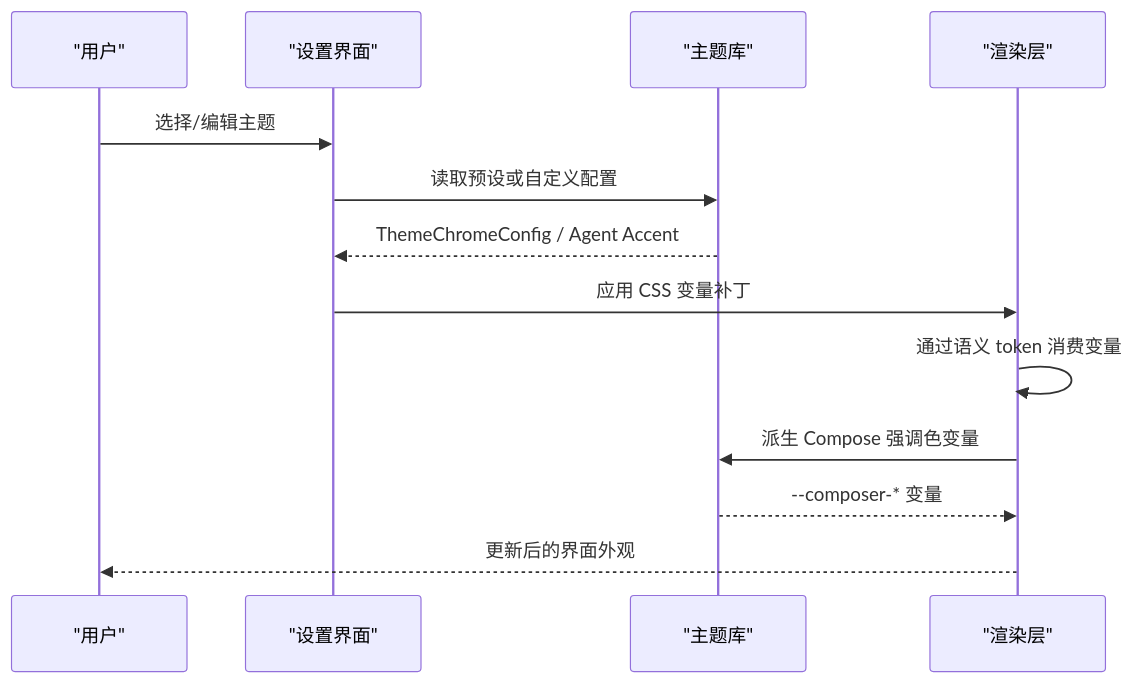
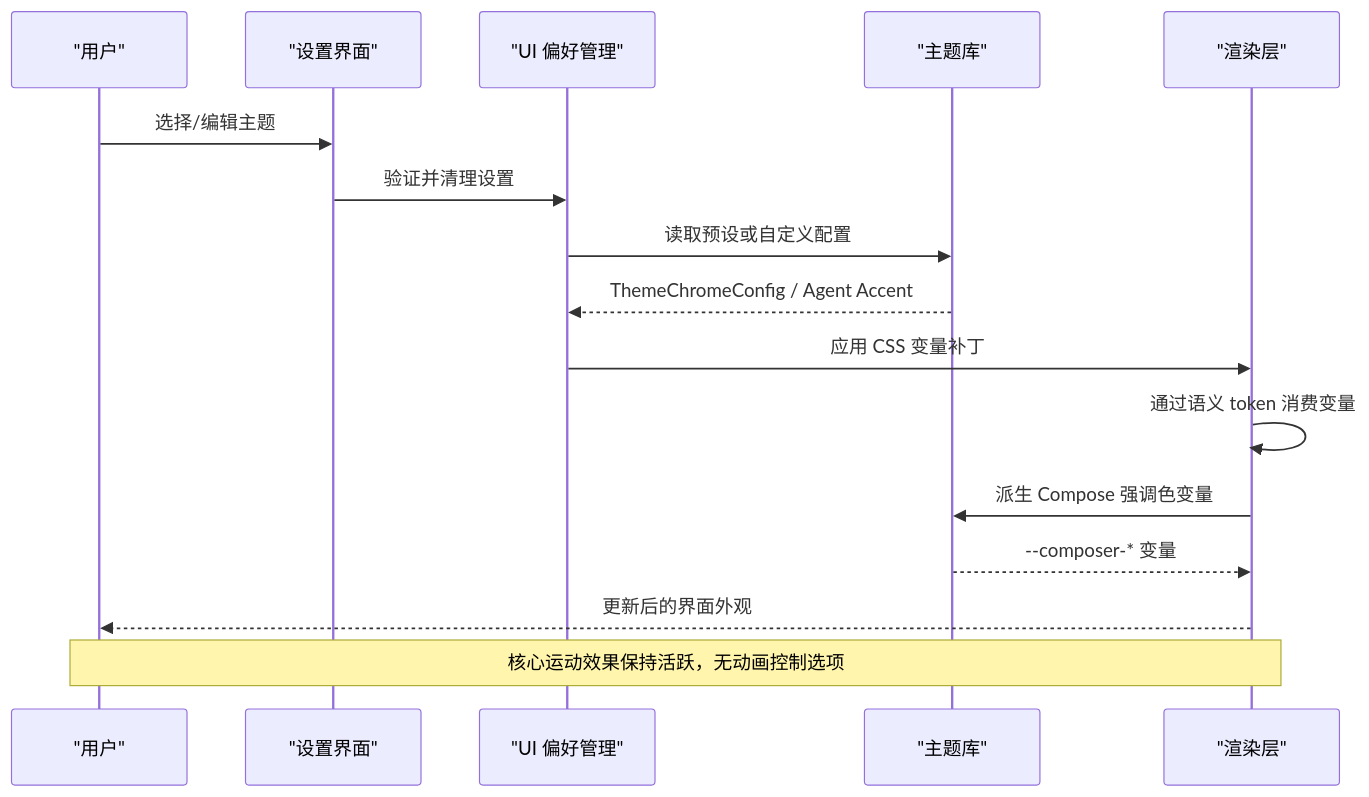
Before and after one commit to haolange/RDC-Agent: the second of 3 diagrams in .qoder/repowiki/zh/content/用户界面/设置面板/外观设置.md, drawn with Mermaid. The commit also changed other lines of this file and 208 other files, not shown here.

````diff
--- a/.qoder/repowiki/zh/content/用户界面/设置面板/外观设置.md
+++ b/.qoder/repowiki/zh/content/用户界面/设置面板/外观设置.md
@@ -88,15 +106,18 @@
 ```mermaid
 sequenceDiagram
 participant U as "用户"
 participant S as "设置界面"
+participant P as "UI 偏好管理"
 participant T as "主题库"
 participant R as "渲染层"
 U->>S : 选择/编辑主题
-S->>T : 读取预设或自定义配置
-T-->>S : ThemeChromeConfig / Agent Accent
-S->>R : 应用 CSS 变量补丁
+S->>P : 验证并清理设置
+P->>T : 读取预设或自定义配置
+T-->>P : ThemeChromeConfig / Agent Accent
+P->>R : 应用 CSS 变量补丁
 R->>R : 通过语义 token 消费变量
 R->>T : 派生 Compose 强调色变量
 T-->>R : --composer-* 变量
 R-->>U : 更新后的界面外观
+Note over R,U : 核心运动效果保持活跃，无动画控制选项
 ```
````
